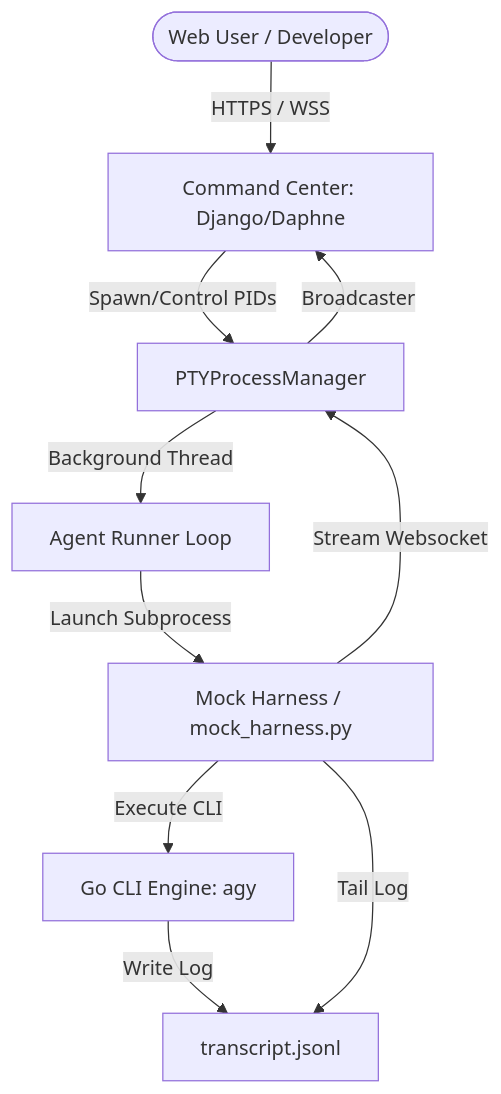
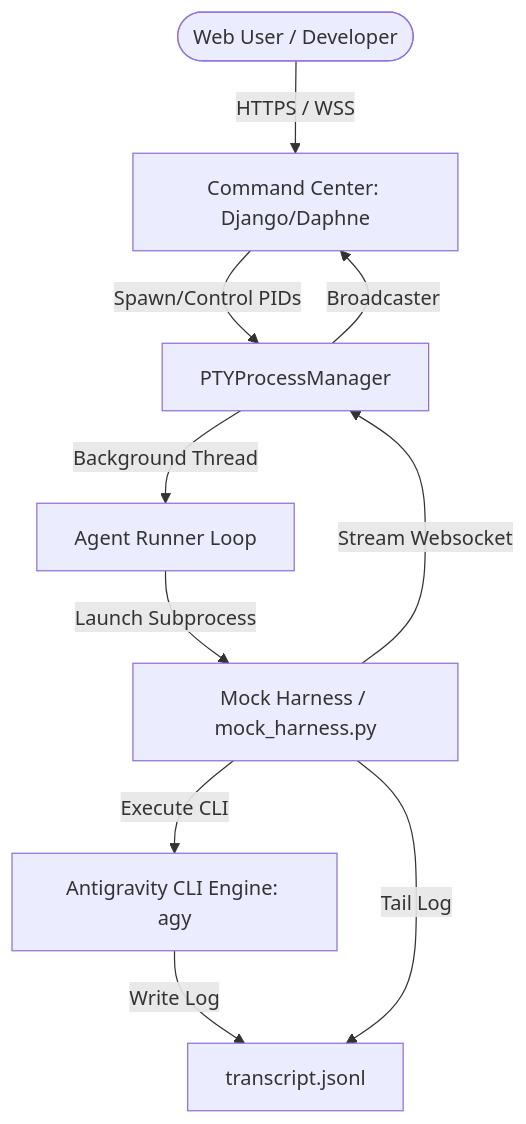
The first of 2 diagrams in README.md (sofiz/geminiclaw), drawn with Mermaid before and after one commit. The commit also changed other lines of this file, not shown here.

First line of the commit message:
Correct CLI references in README.md

````diff
--- a/README.md
+++ b/README.md
@@ -13,12 +13,12 @@
 ```mermaid
 graph TD
     User([Web User / Developer]) -->|HTTPS / WSS| CC[Command Center: Django/Daphne]
     CC -->|Spawn/Control PIDs| PTY[PTYProcessManager]
     PTY -->|Background Thread| Runner[Agent Runner Loop]
     Runner -->|Launch Subprocess| Harness[Mock Harness / mock_harness.py]
-    Harness -->|Execute CLI| Agy[Go CLI Engine: agy]
+    Harness -->|Execute CLI| Agy[Antigravity CLI Engine: agy]
     Agy -->|Write Log| Trans[transcript.jsonl]
     Harness -->|Tail Log| Trans
     Harness -->|Stream Websocket| PTY
     PTY -->|Broadcaster| CC
 ```
````
